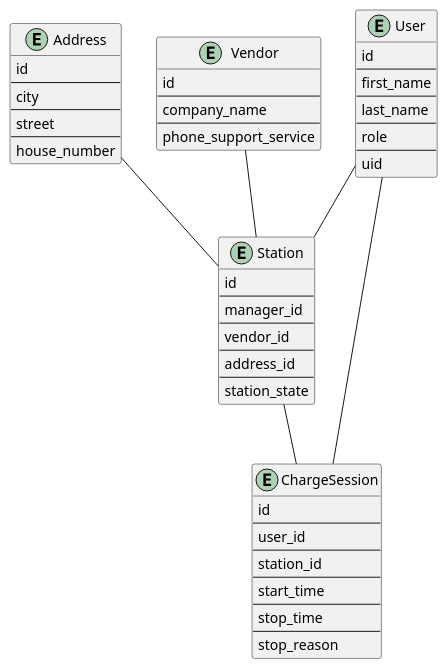
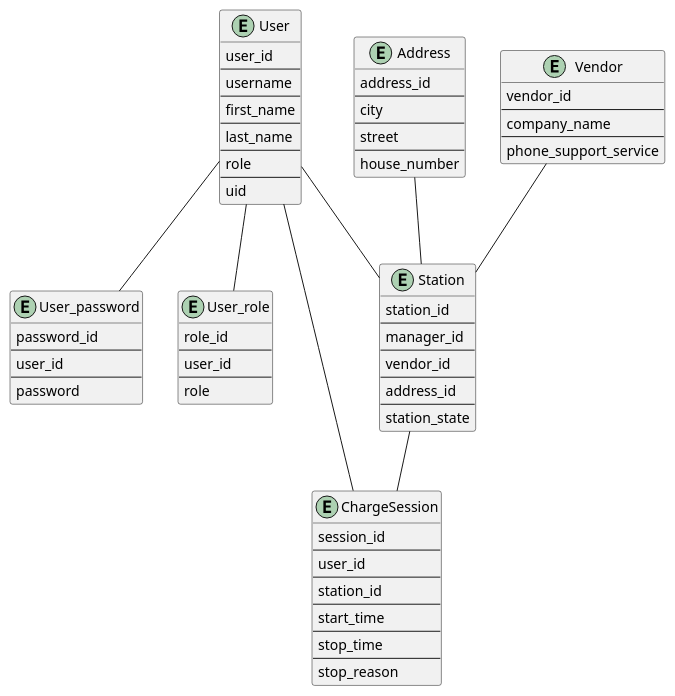
The diagram in diagrams/DataBase.puml (NikushinIvan/ChargingNetwork), drawn with PlantUML before and after one commit. The commit also changed 1 other file, not shown here.

```diff
--- a/diagrams/DataBase.puml
+++ b/diagrams/DataBase.puml
@@ -1,66 +1,86 @@
 @startuml
 'https://plantuml.com/sequence-diagram
 
 entity User {
-    id
+    user_id
+    --
+    username
     --
     first_name
     --
     last_name
     --
     role
     --
     uid
 }
 
+entity User_password {
+    password_id
+    --
+    user_id
+    --
+    password
+}
+
+entity User_role {
+    role_id
+    --
+    user_id
+    --
+    role
+}
+
 entity Address {
-    id
+    address_id
     --
     city
     --
     street
     --
     house_number
 }
 
 entity Vendor {
-    id
+    vendor_id
     --
     company_name
     --
     phone_support_service
 }
 
 entity Station {
-    id
-    --
+   station_id
+   --
    manager_id
    --
    vendor_id
    --
    address_id
    --
    station_state
 }
 
 entity ChargeSession {
-    id
+    session_id
     --
     user_id
     --
     station_id
     --
     start_time
     --
     stop_time
     --
     stop_reason
 }
 
 User -- Station
+User -- User_password
+User -- User_role
 User -- ChargeSession
 Address -- Station
 Vendor -- Station
 Station -- ChargeSession
 
 @enduml
```
